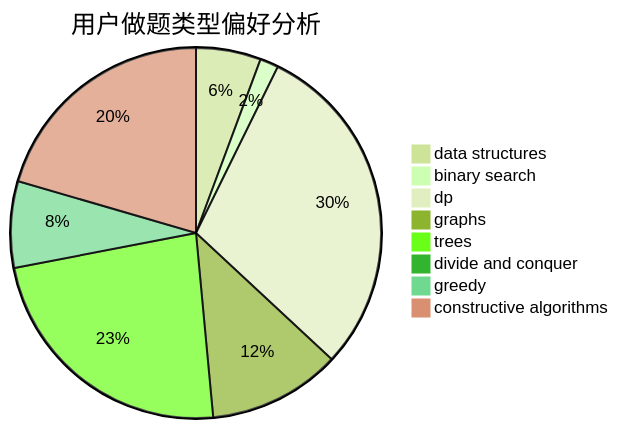
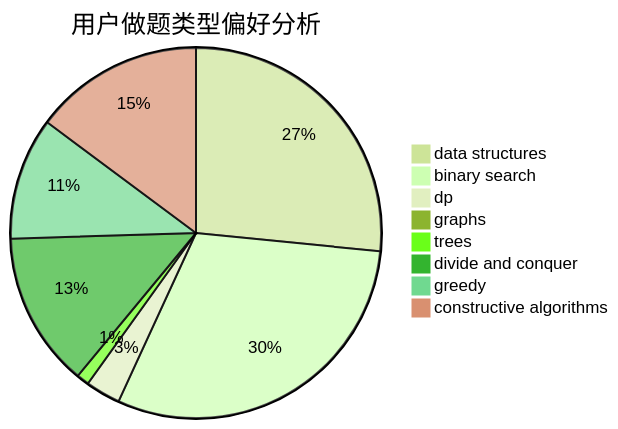
Before and after one commit to sherpahu/cfrs.github.io: the second of 3 diagrams in docs/user/u1146.md, drawn with Mermaid (forest theme). The commit also changed other lines of this file and 2770 other files, not shown here.

````diff
--- a/docs/user/u1146.md
+++ b/docs/user/u1146.md
@@ -23,11 +23,11 @@
 ```mermaid
 pie title 用户做题类型偏好分析
-    "data structures" :  21
-    "binary search" :  6
-    "dp" :  110
-    "graphs" :  43
-    "trees" :  87
-    "divide and conquer" :  0
-    "greedy" :  28
-    "constructive algorithms" :  76
+    "data structures" :  122
+    "binary search" :  139
+    "dp" :  14
+    "graphs" :  1
+    "trees" :  5
+    "divide and conquer" :  62
+    "greedy" :  49
+    "constructive algorithms" :  68
 ```
````
